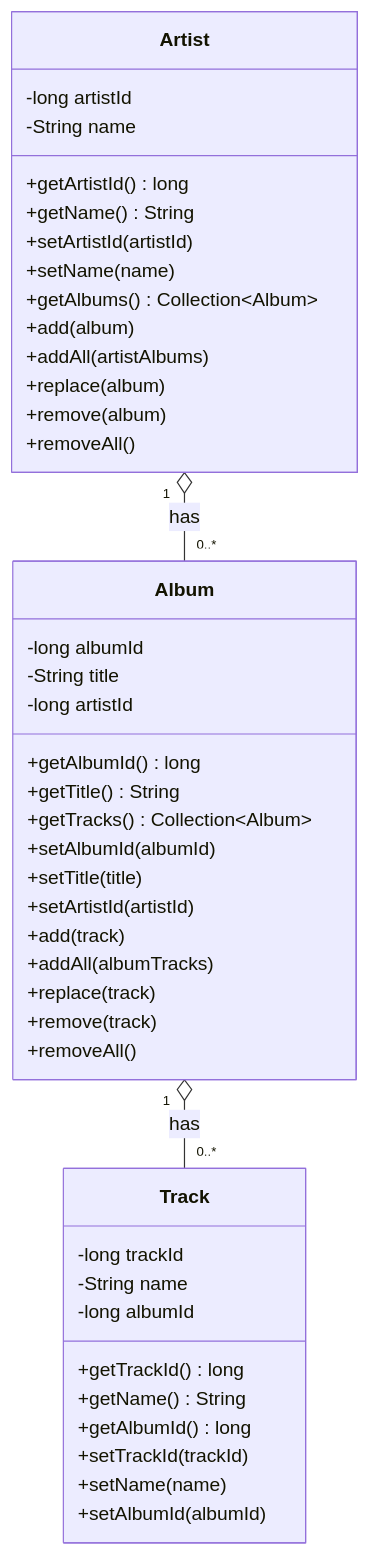
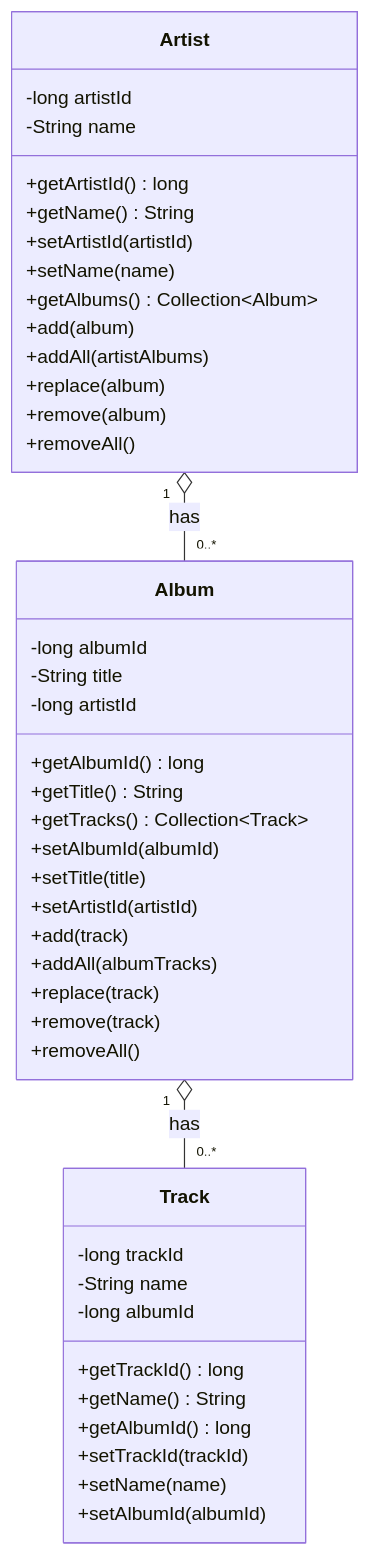
The second of 2 diagrams in README.md (samkseg/edu-jdbc-crud), drawn with Mermaid before and after one commit.

Commit message:
Fixed Class diagram

````diff
--- a/README.md
+++ b/README.md
@@ -33,49 +33,49 @@
 ```mermaid
 classDiagram
     Artist "1" o-- "0..*" Album : has
     Album "1" o-- "0..*" Track : has
 
     class Artist {
     	-long artistId
     	-String name
     	+getArtistId() long
     	+getName() String
     	+setArtistId(artistId)
     	+setName(name)
     	+getAlbums() Collection~Album~
     	+add(album)
     	+addAll(artistAlbums)
     	+replace(album)
     	+remove(album)
     	+removeAll()
     }
 
     class Album {
     	-long albumId
     	-String title
     	-long artistId
     	+getAlbumId() long
     	+getTitle() String
-    	+getTracks() Collection~Album~
+    	+getTracks() Collection~Track~
     	+setAlbumId(albumId)
     	+setTitle(title)
     	+setArtistId(artistId)
     	+add(track)
     	+addAll(albumTracks)
     	+replace(track)
     	+remove(track)
     	+removeAll()
     }
 
     class Track {
     	-long trackId
     	-String name
     	-long albumId
     	+getTrackId() long
     	+getName() String
     	+getAlbumId() long
     	+setTrackId(trackId)
     	+setName(name)
     	+setAlbumId(albumId)
     }
 ```
````
